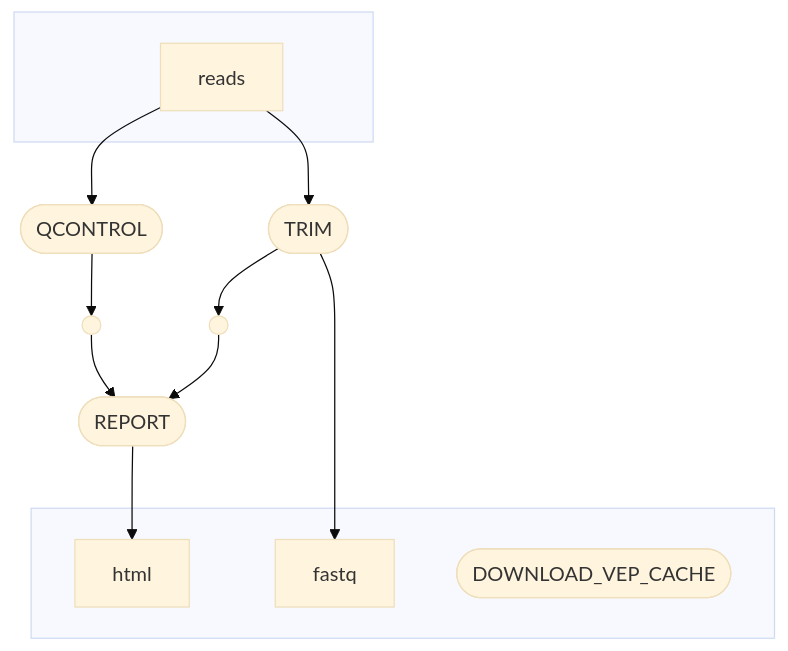
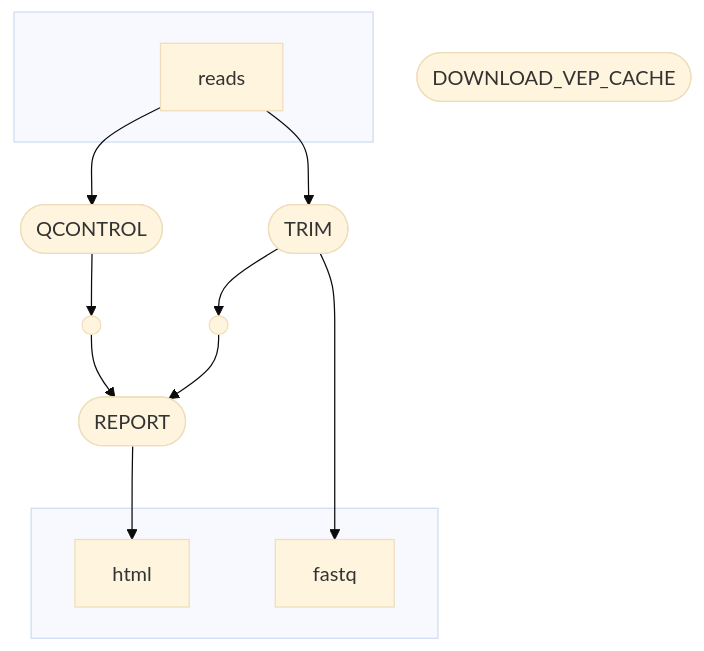
The diagram in README.md (glebus-sasha/qcontrol_nf), drawn with Mermaid before and after one commit. The commit also changed other lines of this file, not shown here.

````diff
--- a/README.md
+++ b/README.md
@@ -8,25 +8,25 @@
 ```mermaid
 %%{init: {'theme':'base'}}%%
 flowchart TB
     subgraph " "
     v0["reads"]
     end
     v1([QCONTROL])
+    v11([DOWNLOAD_VEP_CACHE])
     subgraph " "
     v9["html"]
     v10["fastq"]
-    v11([DOWNLOAD_VEP_CACHE])
     end
     v3([TRIM])
     v8([REPORT])
     v6(( ))
     v7(( ))
     v0 --> v1
     v0 --> v3
     v1 --> v6
     v3 --> v7
     v3 --> v10
     v6 --> v8
     v7 --> v8
     v8 --> v9
 ```
````
